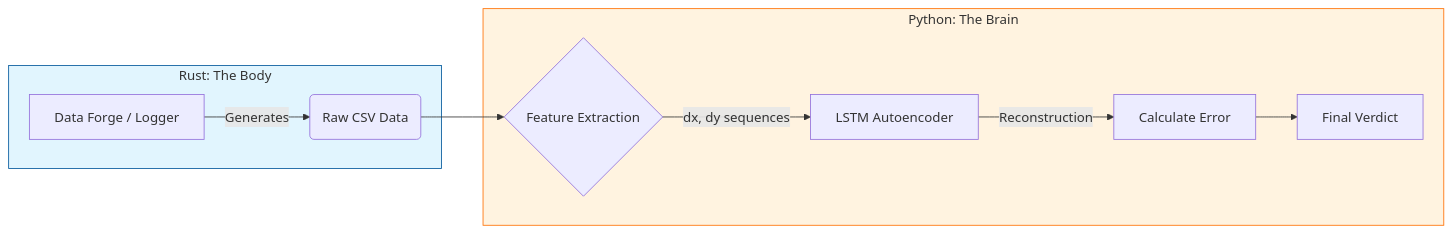
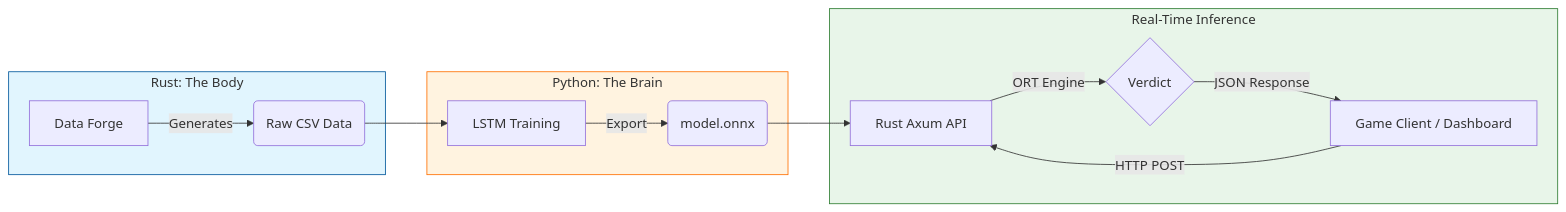
The diagram in README.md (tjunjie1408/aimbot-hunter), drawn with Mermaid before and after one commit. The commit also changed other lines of this file, not shown here.

````diff
--- a/README.md
+++ b/README.md
@@ -25,17 +26,23 @@
 ```mermaid
 graph LR
     subgraph Rust_Workspace [Rust: The Body]
-    A[Data Forge / Logger] -->|Generates| B(Raw CSV Data);
+    A[Data Forge] -->|Generates| B(Raw CSV Data);
     end
     
     subgraph Python_Workspace [Python: The Brain]
-    B --> C{Feature Extraction};
-    C -->|dx, dy sequences| D[LSTM Autoencoder];
-    D -->|Reconstruction| E[Calculate Error];
-    E --> F[Final Verdict];
+    B --> C[LSTM Training];
+    C -->|Export| D(model.onnx);
+    end
+
+    subgraph Production_Layer [Real-Time Inference]
+    D --> E[Rust Axum API];
+    E -->|ORT Engine| F{Verdict};
+    G[Game Client / Dashboard] -->|HTTP POST| E;
+    F -->|JSON Response| G;
     end
     
     style Rust_Workspace fill:#e1f5fe,stroke:#01579b
     style Python_Workspace fill:#fff3e0,stroke:#ff6f00
+    style Production_Layer fill:#e8f5e9,stroke:#2e7d32
 
 ```
````
